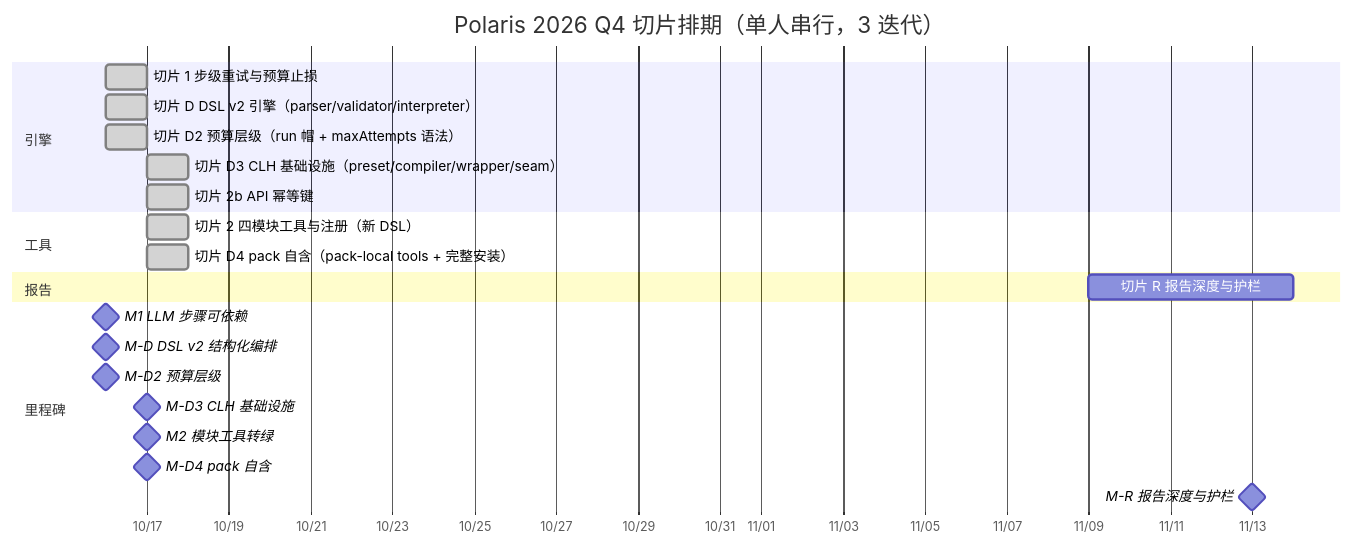
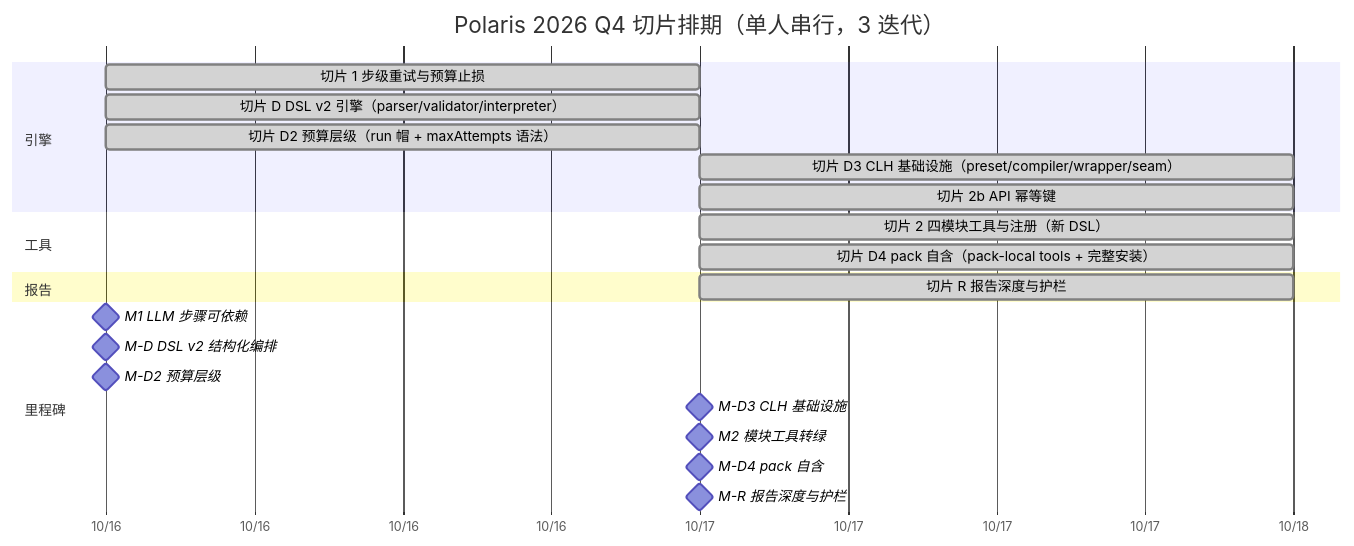
The diagram in apps/docs/site/development/roadmap.md (55aaseclab/Polaris), drawn with Mermaid before and after one commit. The commit also changed other lines of this file and 2 other files, not shown here.

Commit message:
docs: reconcile slice R (release guardrails) delivery across ground-truth docs PRD 2.6 marks the release guardrails delivered (2026/10/17); roadmap slice R and milestone M-R turn green with evidence (35/35 Python tests, 6 new guard tests, existing suites zero regression); gantt aligned; CHANGELOG gains the entry. Status reconciliation only - no version bump.

````diff
--- a/apps/docs/site/development/roadmap.md
+++ b/apps/docs/site/development/roadmap.md
@@ -84,25 +84,25 @@
 ```mermaid
 gantt
     title Polaris 2026 Q4 切片排期（单人串行，3 迭代）
     dateFormat YYYY-MM-DD
     axisFormat %m/%d
     section 引擎
     切片 1 步级重试与预算止损 :done, a1, 2026-10-16, 1d
     切片 D DSL v2 引擎（parser/validator/interpreter） :done, a2, 2026-10-16, 1d
     切片 D2 预算层级（run 帽 + maxAttempts 语法） :done, a4, 2026-10-16, 1d
     切片 D3 CLH 基础设施（preset/compiler/wrapper/seam） :done, a5, 2026-10-17, 1d
     切片 2b API 幂等键 :done, a3, 2026-10-17, 1d
     section 工具
     切片 2 四模块工具与注册（新 DSL） :done, b1, 2026-10-17, 1d
     切片 D4 pack 自含（pack-local tools + 完整安装） :done, b2, 2026-10-17, 1d
     section 报告
-    切片 R 报告深度与护栏 :r1, 2026-11-09, 5d
+    切片 R 报告深度与护栏 :done, r1, 2026-10-17, 1d
     section 里程碑
     M1 LLM 步骤可依赖 :milestone, m1, 2026-10-16, 0d
     M-D DSL v2 结构化编排 :milestone, md, 2026-10-16, 0d
     M-D2 预算层级 :milestone, md2, 2026-10-16, 0d
     M-D3 CLH 基础设施 :milestone, md3, 2026-10-17, 0d
     M2 模块工具转绿 :milestone, m2, 2026-10-17, 0d
     M-D4 pack 自含 :milestone, md4, 2026-10-17, 0d
-    M-R 报告深度与护栏 :milestone, mr, 2026-11-13, 0d
+    M-R 报告深度与护栏 :milestone, mr, 2026-10-17, 0d
 ```
````
